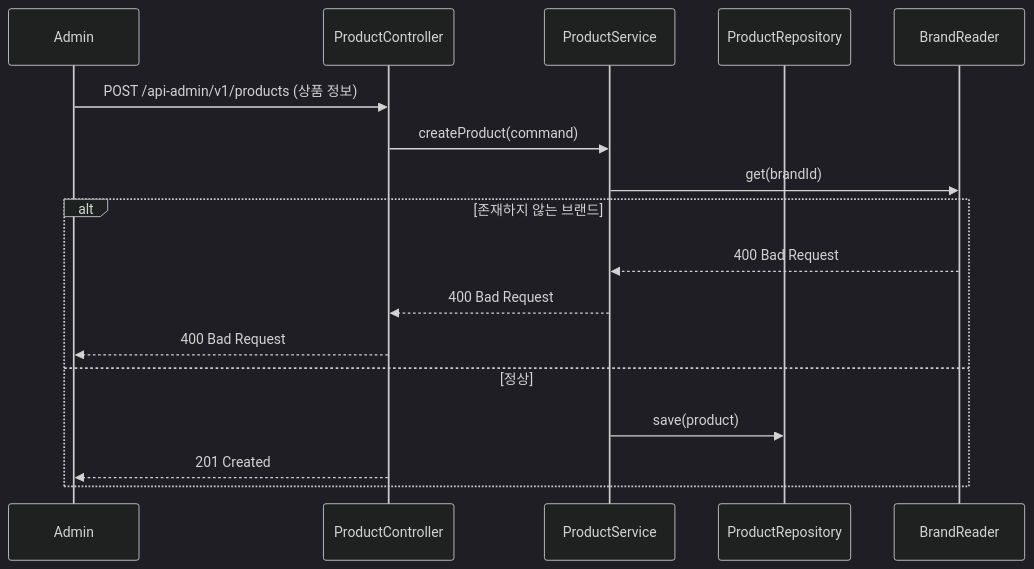
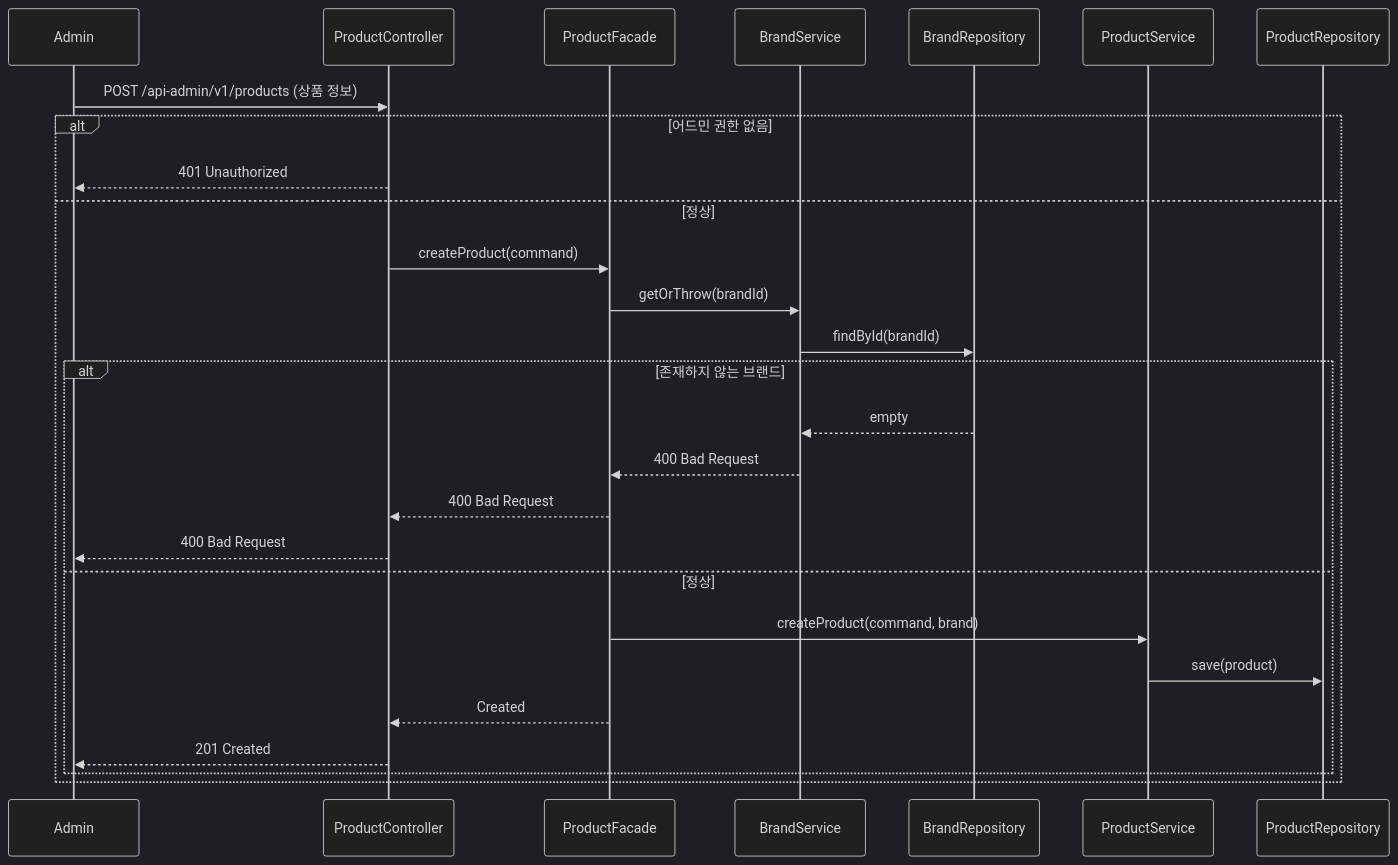
Diagram 13 of 33 in .docs/design/sequence-diagrams.md (loopers-labs/loop-pack-be-l2-vol4-java), drawn with Mermaid (dark theme) before and after one commit. The commit also changed other lines of this file, not shown here.

Commit message:
fix: 시퀀스 다이어그램 파사드 추가

````diff
--- a/.docs/design/sequence-diagrams.md
+++ b/.docs/design/sequence-diagrams.md
@@ -308,21 +358,30 @@
 ```mermaid
 sequenceDiagram
     participant Admin
     participant ProductController
+    participant ProductFacade
+    participant BrandService
+    participant BrandRepository
     participant ProductService
     participant ProductRepository
-    participant BrandReader
 
     Admin->>ProductController: POST /api-admin/v1/products (상품 정보)
-    ProductController->>ProductService: createProduct(command)
-    ProductService->>BrandReader: get(brandId)
-
-    alt 존재하지 않는 브랜드
-        BrandReader-->>ProductService: 400 Bad Request
-        ProductService-->>ProductController: 400 Bad Request
-        ProductController-->>Admin: 400 Bad Request
+    alt 어드민 권한 없음
+        ProductController-->>Admin: 401 Unauthorized
     else 정상
-        ProductService->>ProductRepository: save(product)
-        ProductController-->>Admin: 201 Created
+        ProductController->>ProductFacade: createProduct(command)
+        ProductFacade->>BrandService: getOrThrow(brandId)
+        BrandService->>BrandRepository: findById(brandId)
+        alt 존재하지 않는 브랜드
+            BrandRepository-->>BrandService: empty
+            BrandService-->>ProductFacade: 400 Bad Request
+            ProductFacade-->>ProductController: 400 Bad Request
+            ProductController-->>Admin: 400 Bad Request
+        else 정상
+            ProductFacade->>ProductService: createProduct(command, brand)
+            ProductService->>ProductRepository: save(product)
+            ProductFacade-->>ProductController: Created
+            ProductController-->>Admin: 201 Created
+        end
     end
 ```
````
